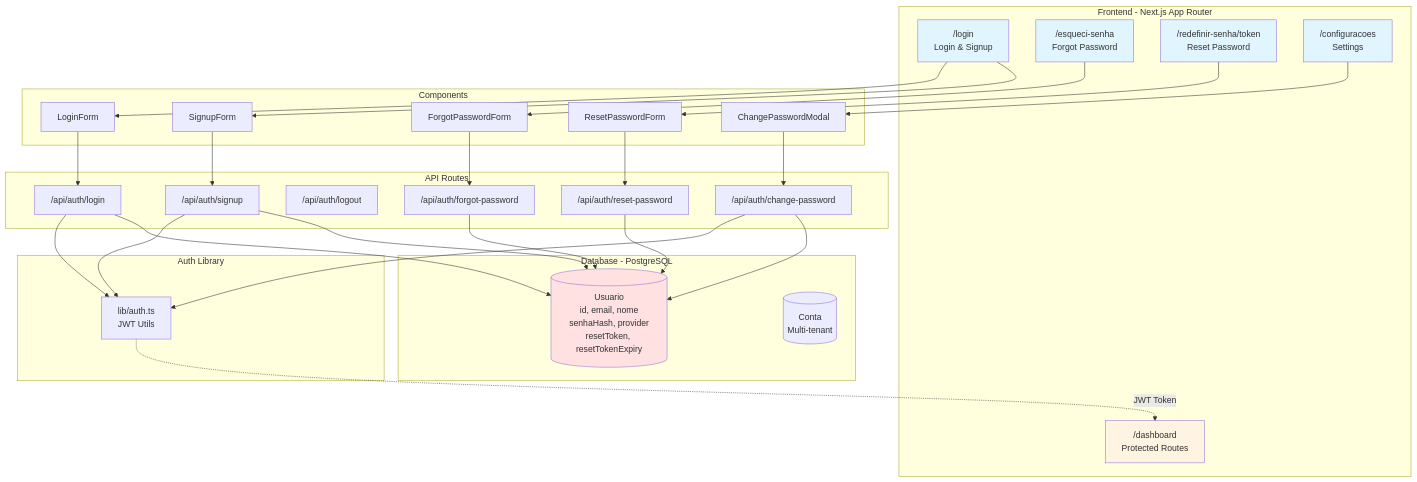
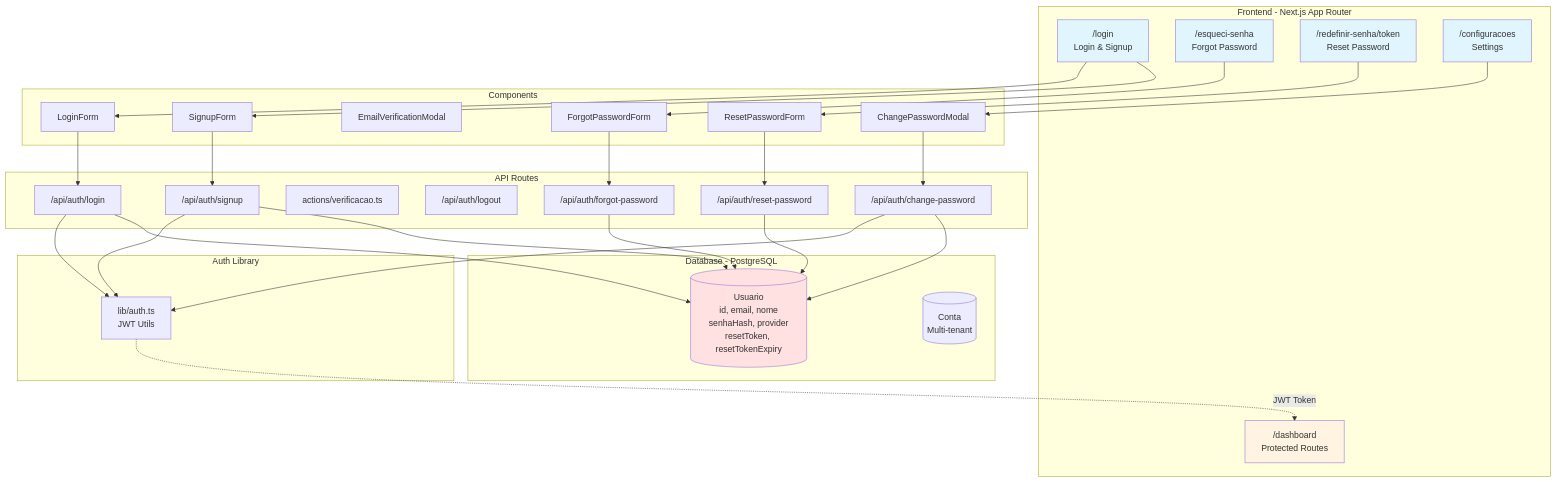
Before and after one commit to MateusNGF/streamshare: the first of 9 diagrams in docs/architecture/AUTHENTICATION_SYSTEM.md, drawn with Mermaid. The commit also changed other lines of this file and 34 other files, not shown here.

````diff
--- a/docs/architecture/AUTHENTICATION_SYSTEM.md
+++ b/docs/architecture/AUTHENTICATION_SYSTEM.md
@@ -39,67 +40,69 @@
 ```mermaid
 graph TB
     subgraph "Frontend - Next.js App Router"
         LoginPage["/login<br/>Login & Signup"]
         ForgotPage["/esqueci-senha<br/>Forgot Password"]
         ResetPage["/redefinir-senha/token<br/>Reset Password"]
         SettingsPage["/configuracoes<br/>Settings"]
         Dashboard["/dashboard<br/>Protected Routes"]
     end
 
     subgraph "Components"
         LoginForm["LoginForm"]
         SignupForm["SignupForm"]
+        EmailVerifModal["EmailVerificationModal"]
         ForgotForm["ForgotPasswordForm"]
         ResetForm["ResetPasswordForm"]
         ChangeModal["ChangePasswordModal"]
     end
 
     subgraph "API Routes"
         LoginAPI["/api/auth/login"]
         SignupAPI["/api/auth/signup"]
+        VerifAction["actions/verificacao.ts"]
         LogoutAPI["/api/auth/logout"]
         ForgotAPI["/api/auth/forgot-password"]
         ResetAPI["/api/auth/reset-password"]
         ChangeAPI["/api/auth/change-password"]
     end
 
     subgraph "Auth Library"
         AuthLib["lib/auth.ts<br/>JWT Utils"]
     end
 
     subgraph "Database - PostgreSQL"
         UserTable[("Usuario<br/>id, email, nome<br/>senhaHash, provider<br/>resetToken, resetTokenExpiry")]
         ContaTable[("Conta<br/>Multi-tenant")]
     end
 
     LoginPage --> LoginForm
     LoginPage --> SignupForm
     ForgotPage --> ForgotForm
     ResetPage --> ResetForm
     SettingsPage --> ChangeModal
 
     LoginForm --> LoginAPI
     SignupForm --> SignupAPI
     ForgotForm --> ForgotAPI
     ResetForm --> ResetAPI
     ChangeModal --> ChangeAPI
 
     LoginAPI --> AuthLib
     SignupAPI --> AuthLib
     ChangeAPI --> AuthLib
 
     LoginAPI --> UserTable
     SignupAPI --> UserTable
     ForgotAPI --> UserTable
     ResetAPI --> UserTable
     ChangeAPI --> UserTable
 
     AuthLib -.->|JWT Token| Dashboard
 
     style LoginPage fill:#e1f5ff
     style ForgotPage fill:#e1f5ff
     style ResetPage fill:#e1f5ff
     style SettingsPage fill:#e1f5ff
     style Dashboard fill:#fff4e1
     style UserTable fill:#ffe1e1
 ```
````
